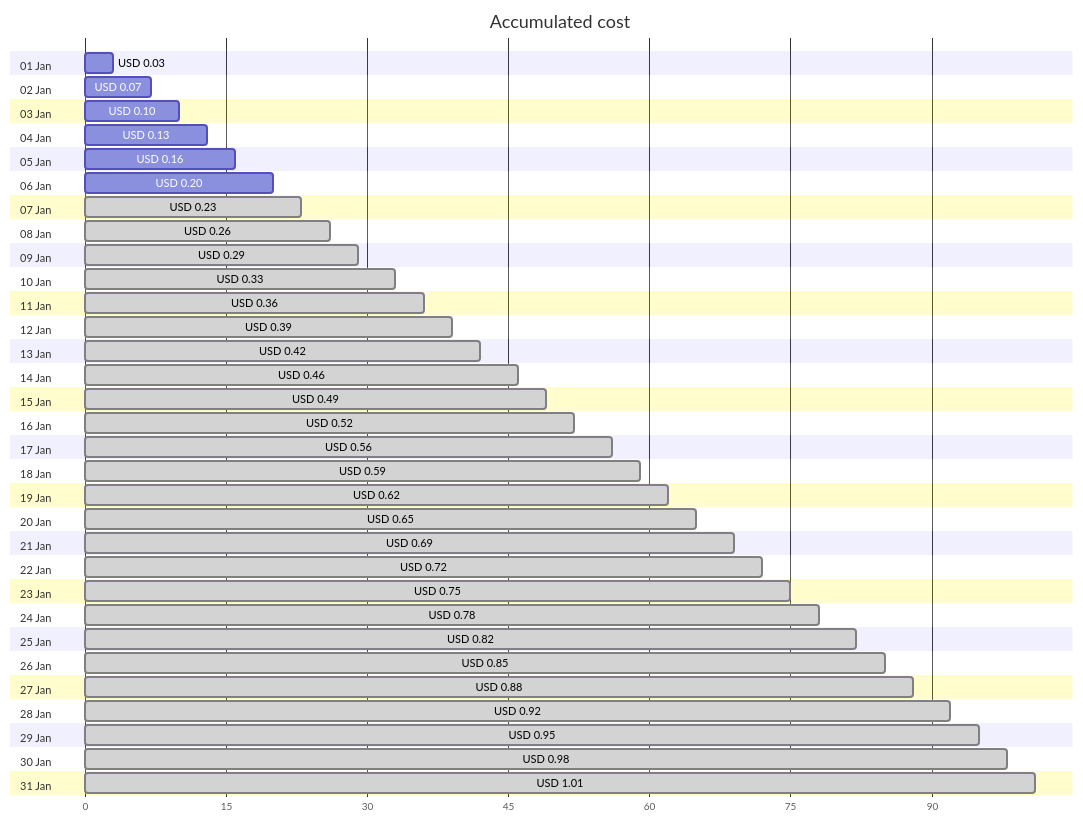
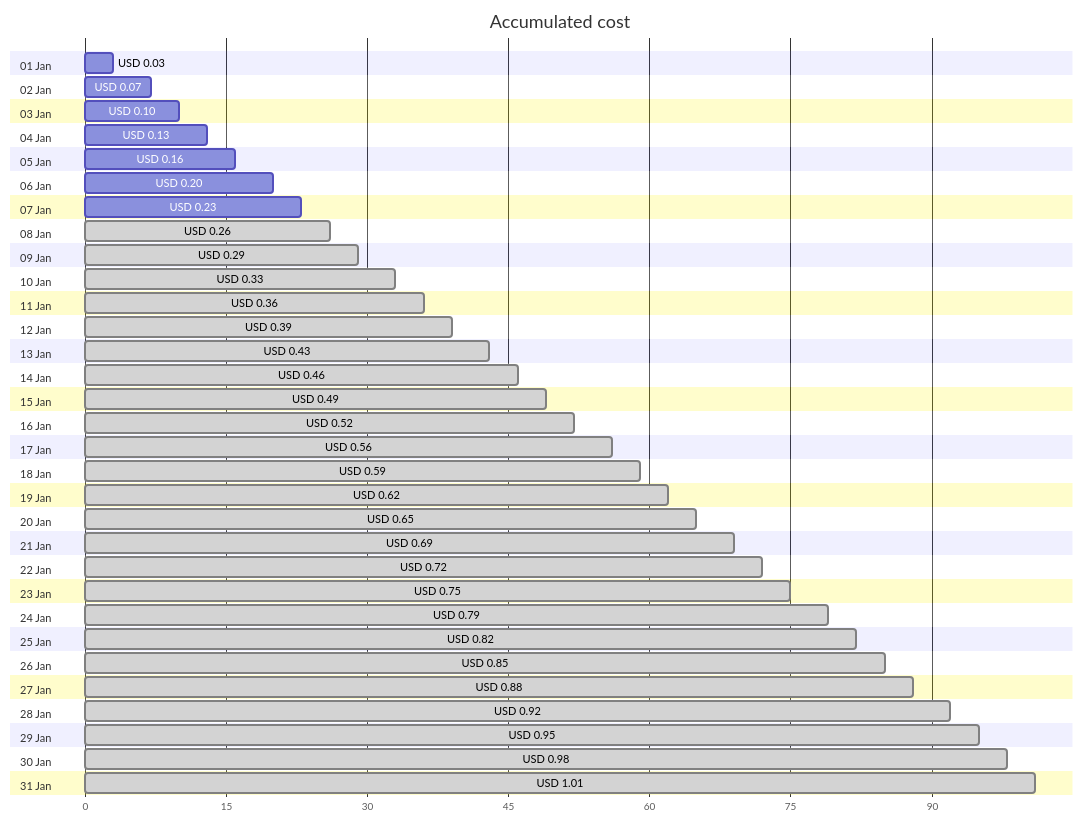
Before and after one commit to jpfulton/azure-personal-reports: the first of 4 diagrams in cost-reports/personal-dns/README.md, drawn with Mermaid. The commit also changed other lines of this file and 2 other files, not shown here.

````diff
--- a/cost-reports/personal-dns/README.md
+++ b/cost-reports/personal-dns/README.md
@@ -20,68 +20,68 @@
 ```mermaid
 gantt
    title Accumulated cost
    dateFormat  X
    axisFormat %s
    section 01 Jan
    USD 0.03 :0, 3
    section 02 Jan
    USD 0.07 :0, 7
    section 03 Jan
    USD 0.10 :0, 10
    section 04 Jan
    USD 0.13 :0, 13
    section 05 Jan
    USD 0.16 :0, 16
    section 06 Jan
    USD 0.20 :0, 20
    section 07 Jan
-   USD 0.23 : done, 0, 23
+   USD 0.23 :0, 23
    section 08 Jan
    USD 0.26 : done, 0, 26
    section 09 Jan
    USD 0.29 : done, 0, 29
    section 10 Jan
    USD 0.33 : done, 0, 33
    section 11 Jan
    USD 0.36 : done, 0, 36
    section 12 Jan
    USD 0.39 : done, 0, 39
    section 13 Jan
-   USD 0.42 : done, 0, 42
+   USD 0.43 : done, 0, 43
    section 14 Jan
    USD 0.46 : done, 0, 46
    section 15 Jan
    USD 0.49 : done, 0, 49
    section 16 Jan
    USD 0.52 : done, 0, 52
    section 17 Jan
    USD 0.56 : done, 0, 56
    section 18 Jan
    USD 0.59 : done, 0, 59
    section 19 Jan
    USD 0.62 : done, 0, 62
    section 20 Jan
    USD 0.65 : done, 0, 65
    section 21 Jan
    USD 0.69 : done, 0, 69
    section 22 Jan
    USD 0.72 : done, 0, 72
    section 23 Jan
    USD 0.75 : done, 0, 75
    section 24 Jan
-   USD 0.78 : done, 0, 78
+   USD 0.79 : done, 0, 79
    section 25 Jan
    USD 0.82 : done, 0, 82
    section 26 Jan
    USD 0.85 : done, 0, 85
    section 27 Jan
    USD 0.88 : done, 0, 88
    section 28 Jan
    USD 0.92 : done, 0, 92
    section 29 Jan
    USD 0.95 : done, 0, 95
    section 30 Jan
    USD 0.98 : done, 0, 98
    section 31 Jan
    USD 1.01 : done, 0, 101
 ```
````
